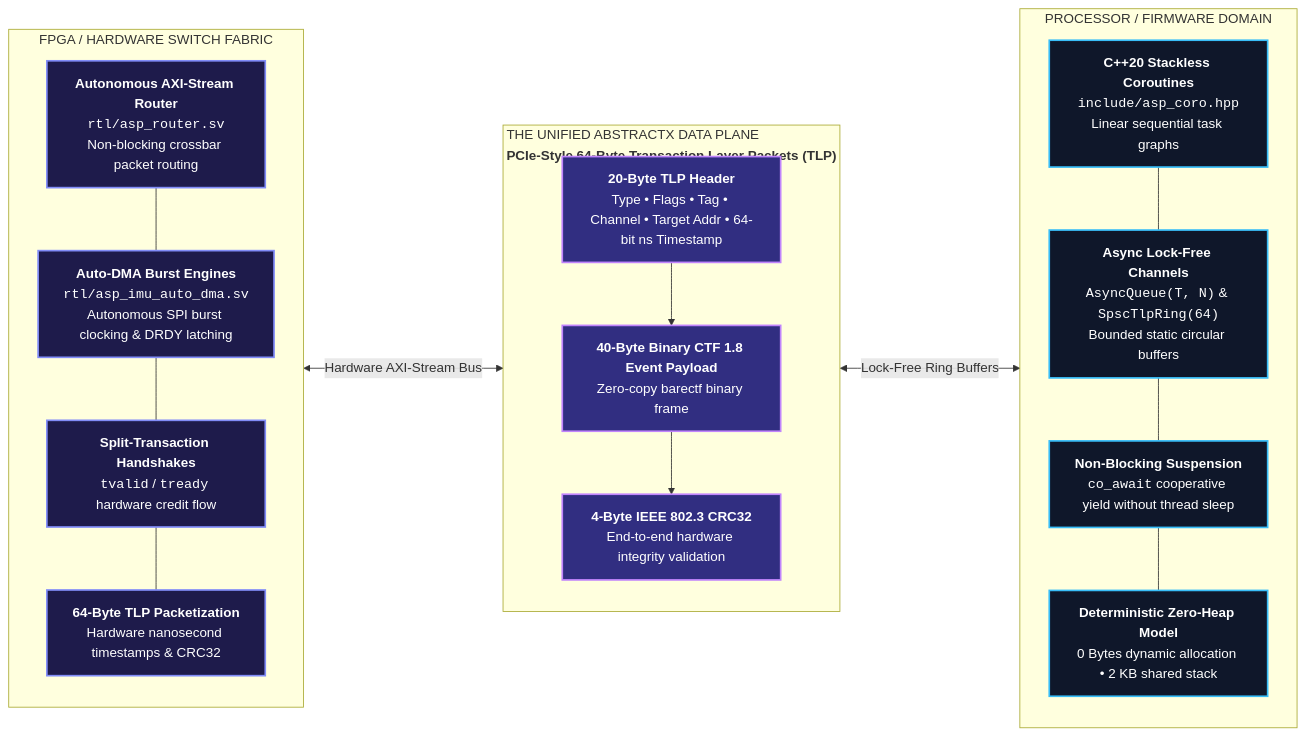
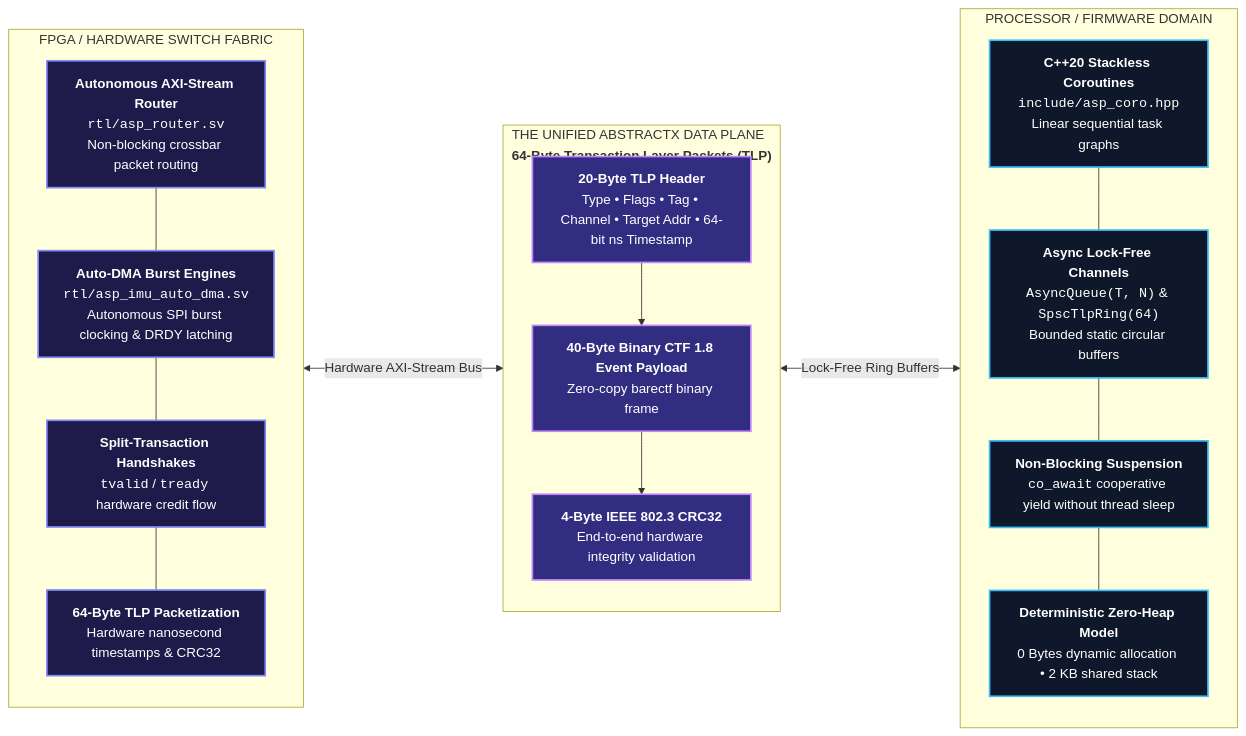
Before and after one commit to tcmichals/AbstractX: the first of 4 diagrams in AbstractX.md, drawn with Mermaid. The commit also changed other lines of this file and 1 other file, not shown here.

````diff
--- a/AbstractX.md
+++ b/AbstractX.md
@@ -149,39 +150,39 @@
 ```mermaid
 flowchart LR
     subgraph HW["FPGA / HARDWARE SWITCH FABRIC"]
         direction TB
         H1["<b>Autonomous AXI-Stream Router</b><br/><code>rtl/asp_router.sv</code><br/>Non-blocking crossbar packet routing"]
         H2["<b>Auto-DMA Burst Engines</b><br/><code>rtl/asp_imu_auto_dma.sv</code><br/>Autonomous SPI burst clocking & DRDY latching"]
         H3["<b>Split-Transaction Handshakes</b><br/><code>tvalid</code> / <code>tready</code> hardware credit flow"]
         H4["<b>64-Byte TLP Packetization</b><br/>Hardware nanosecond timestamps & CRC32"]
         H1 --- H2 --- H3 --- H4
     end
 
-    subgraph PLANE["THE UNIFIED ABSTRACTX DATA PLANE<br/><b>PCIe-Style 64-Byte Transaction Layer Packets (TLP)</b>"]
+    subgraph PLANE["THE UNIFIED ABSTRACTX DATA PLANE<br/><b>64-Byte Transaction Layer Packets (TLP)</b>"]
         direction TB
         P_HDR["<b>20-Byte TLP Header</b><br/>Type • Flags • Tag • Channel • Target Addr • 64-bit ns Timestamp"]
         P_PAYLOAD["<b>40-Byte Binary CTF 1.8 Event Payload</b><br/>Zero-copy barectf binary frame"]
         P_CRC["<b>4-Byte IEEE 802.3 CRC32</b><br/>End-to-end hardware integrity validation"]
         P_HDR --> P_PAYLOAD --> P_CRC
     end
 
     subgraph SW["PROCESSOR / FIRMWARE DOMAIN"]
         direction TB
         S1["<b>C++20 Stackless Coroutines</b><br/><code>include/asp_coro.hpp</code><br/>Linear sequential task graphs"]
         S2["<b>Async Lock-Free Channels</b><br/><code>AsyncQueue(T, N)</code> & <code>SpscTlpRing(64)</code><br/>Bounded static circular buffers"]
         S3["<b>Non-Blocking Suspension</b><br/><code>co_await</code> cooperative yield without thread sleep"]
         S4["<b>Deterministic Zero-Heap Model</b><br/>0 Bytes dynamic allocation • 2 KB shared stack"]
         S1 --- S2 --- S3 --- S4
     end
 
     H4 <-->|Hardware AXI-Stream Bus| P_HDR
     P_CRC <-->|Lock-Free Ring Buffers| S1
 
     classDef hwStyle fill:#1e1b4b,stroke:#818cf8,stroke-width:2px,color:#ffffff;
     classDef planeStyle fill:#312e81,stroke:#c084fc,stroke-width:2px,color:#ffffff;
     classDef swStyle fill:#0f172a,stroke:#38bdf8,stroke-width:2px,color:#ffffff;
 
     class H1,H2,H3,H4 hwStyle;
     class P_HDR,P_PAYLOAD,P_CRC planeStyle;
     class S1,S2,S3,S4 swStyle;
 ```
````
